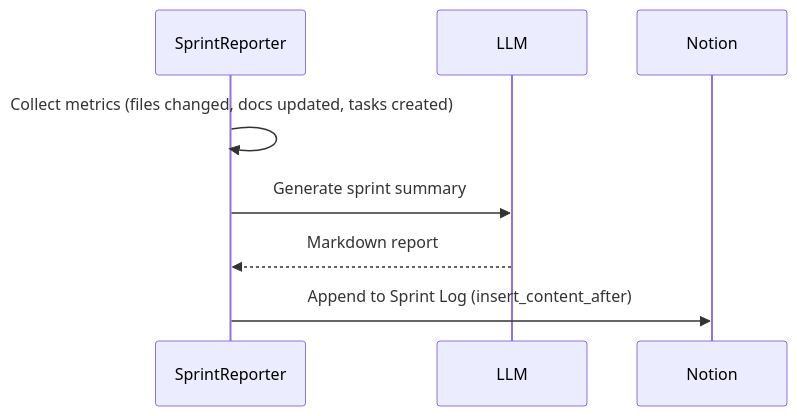
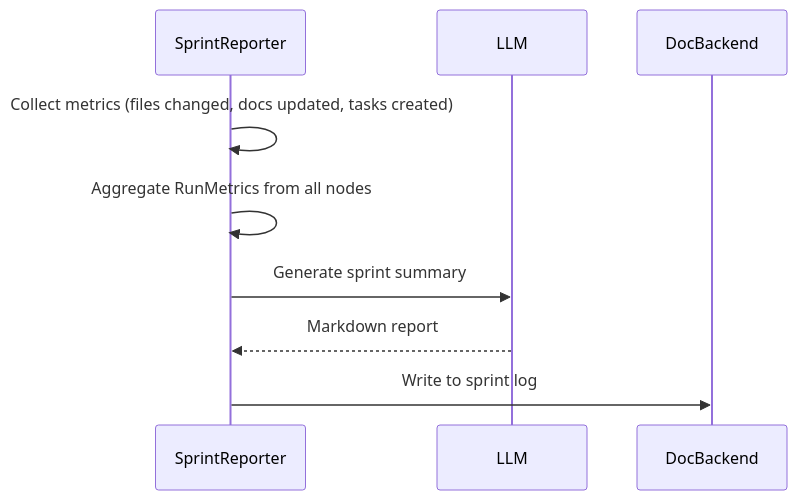
One commit to sarupurisailalith/codebase-cortex changed the ninth of 9 diagrams in docs/agents.md. Above: the diagram before and after it, drawn with Mermaid. The commit also changed other lines of this file and 8 other files, not shown here.

````diff
--- a/docs/agents.md
+++ b/docs/agents.md
@@ -269,11 +492,12 @@
 ```mermaid
 sequenceDiagram
     participant SR as SprintReporter
     participant LLM
-    participant Notion
+    participant DB as DocBackend
 
     SR->>SR: Collect metrics (files changed, docs updated, tasks created)
+    SR->>SR: Aggregate RunMetrics from all nodes
     SR->>LLM: Generate sprint summary
     LLM-->>SR: Markdown report
-    SR->>Notion: Append to Sprint Log (insert_content_after)
+    SR->>DB: Write to sprint log
 ```
````
